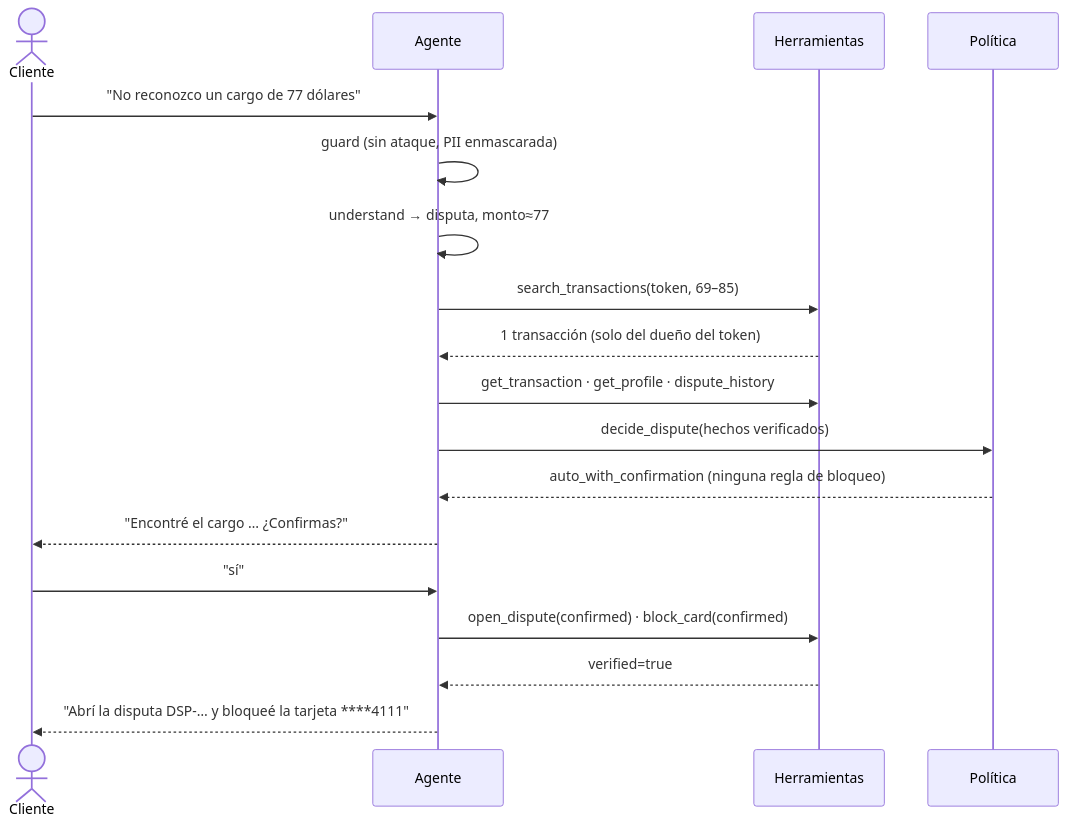
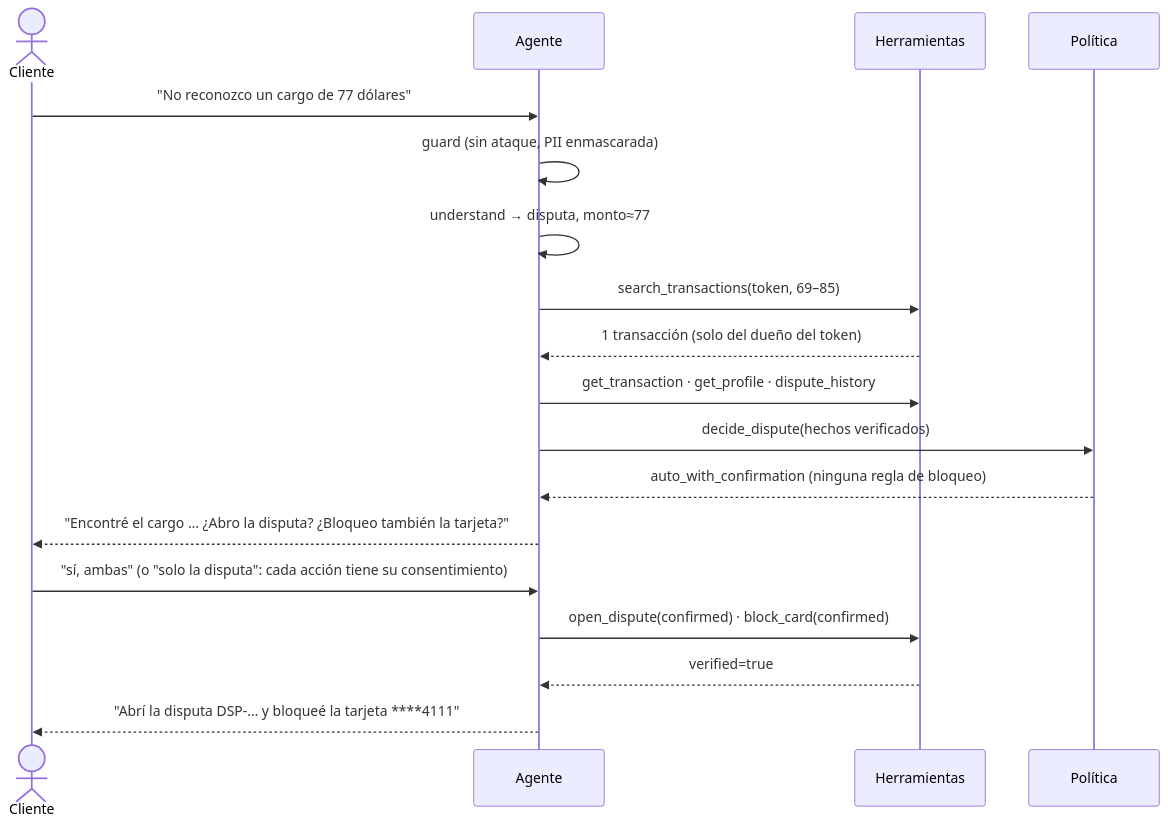
The third of 6 diagrams in docs/architecture.md (Mr-Percival/factored-hackathon-2026-disputas), drawn with Mermaid before and after one commit. The commit also changed other lines of this file and 29 other files, not shown here.

````diff
--- a/docs/architecture.md
+++ b/docs/architecture.md
@@ -105,20 +115,20 @@
 ```mermaid
 sequenceDiagram
     actor C as Cliente
     participant A as Agente
     participant T as Herramientas
     participant P as Política
     C->>A: "No reconozco un cargo de 77 dólares"
     A->>A: guard (sin ataque, PII enmascarada)
     A->>A: understand → disputa, monto≈77
     A->>T: search_transactions(token, 69–85)
     T-->>A: 1 transacción (solo del dueño del token)
     A->>T: get_transaction · get_profile · dispute_history
     A->>P: decide_dispute(hechos verificados)
     P-->>A: auto_with_confirmation (ninguna regla de bloqueo)
-    A-->>C: "Encontré el cargo … ¿Confirmas?"
-    C->>A: "sí"
+    A-->>C: "Encontré el cargo … ¿Abro la disputa? ¿Bloqueo también la tarjeta?"
+    C->>A: "sí, ambas" (o "solo la disputa": cada acción tiene su consentimiento)
     A->>T: open_dispute(confirmed) · block_card(confirmed)
     T-->>A: verified=true
     A-->>C: "Abrí la disputa DSP-… y bloqueé la tarjeta ****4111"
 ```
````
